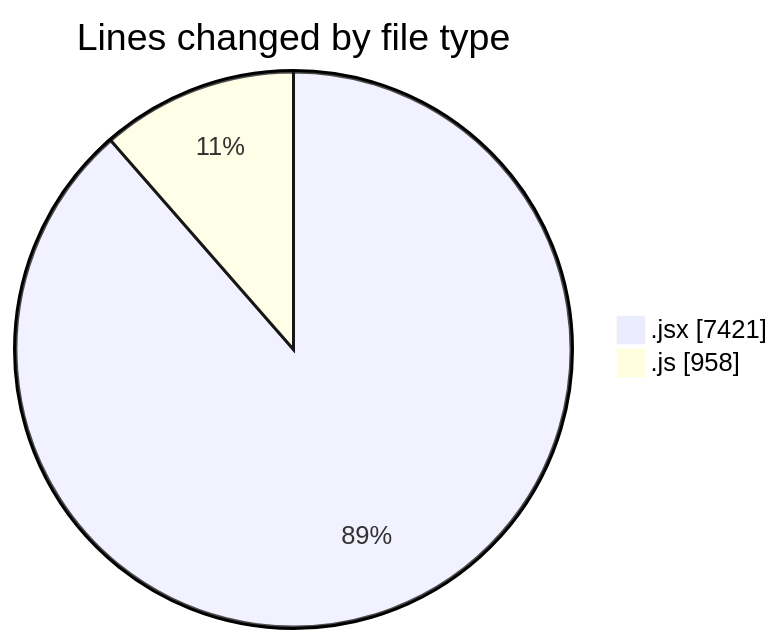
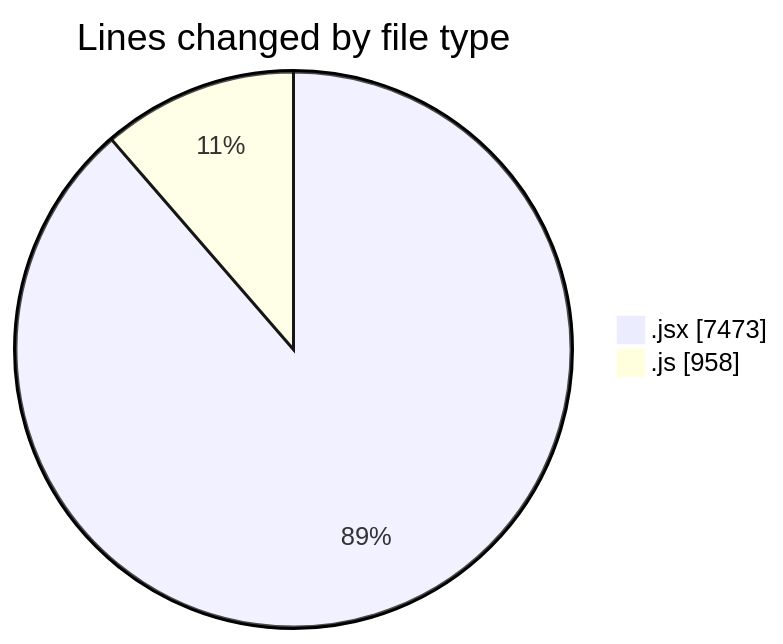
Before and after one commit to nxtqubesakshisongat/code-tracking: the first of 2 diagrams in 2026-01-20/nxtqube_webapp/README.md, drawn with Mermaid. The commit also changed other lines of this file and 1 other file, not shown here.

````diff
--- a/2026-01-20/nxtqube_webapp/README.md
+++ b/2026-01-20/nxtqube_webapp/README.md
@@ -24,6 +25,6 @@
 ```mermaid
 pie showData
 title Lines changed by file type
-".jsx" : 7421
+".jsx" : 7473
 ".js" : 958
 ```
````
